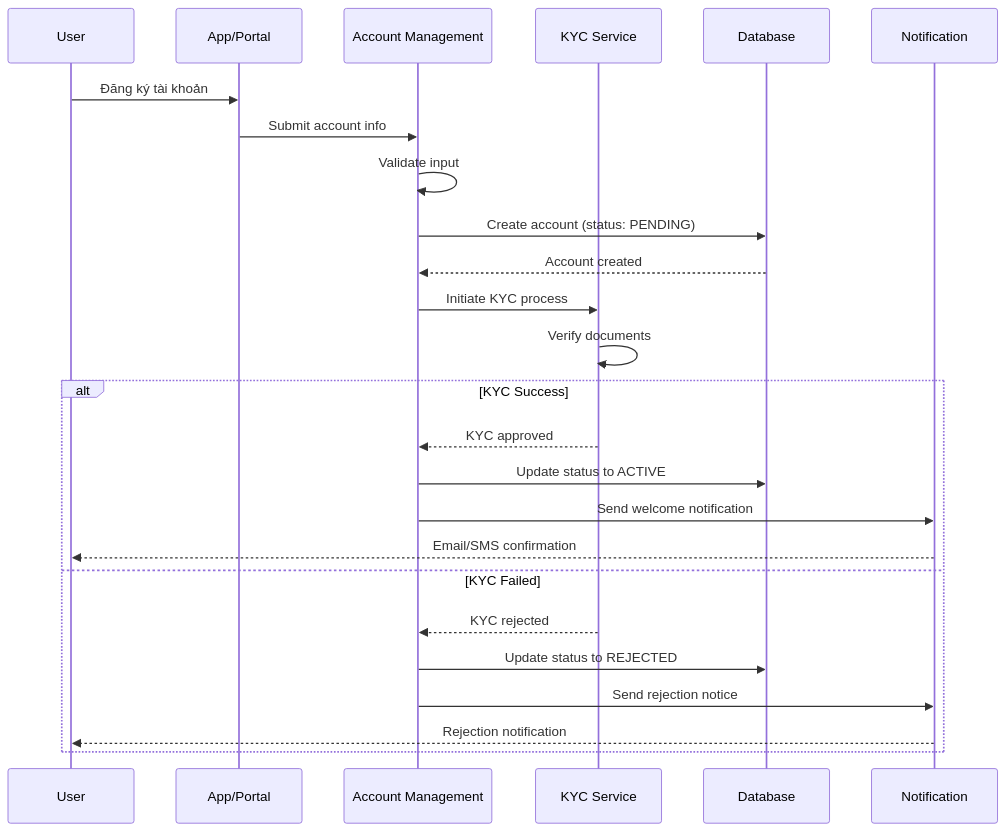
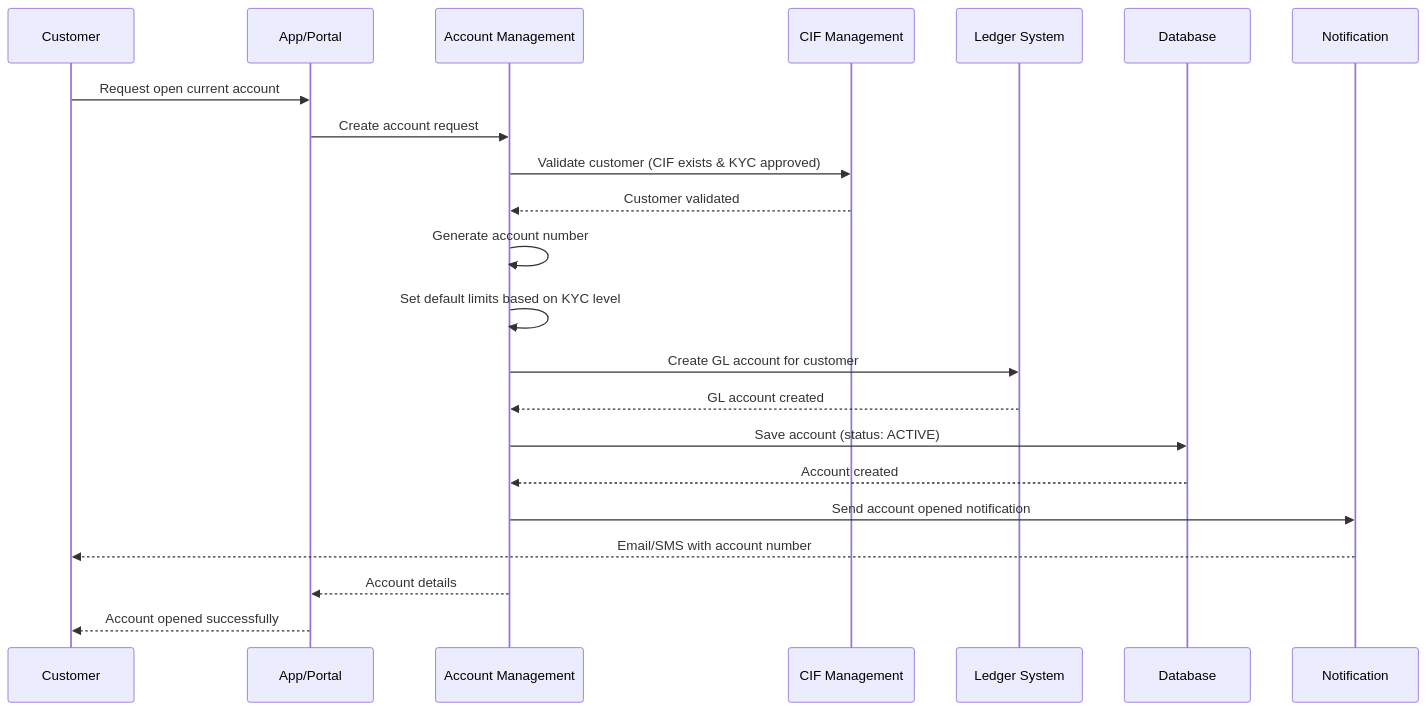
The second of 5 diagrams in docs/cbs-sdk-finance/03-account-management.md (PhuMBT/eWallet_CBS), drawn with Mermaid before and after one commit. The commit also changed other lines of this file, not shown here.

First line of the commit message:
refactor(account): Rewrite Account Management for deposit accounts focus

````diff
--- a/docs/cbs-sdk-finance/03-account-management.md
+++ b/docs/cbs-sdk-finance/03-account-management.md
@@ -134,28 +293,31 @@
 ```mermaid
 sequenceDiagram
-    participant U as User
-    participant A as App/Portal
+    participant C as Customer
+    participant APP as App/Portal
     participant AM as Account Management
-    participant KYC as KYC Service
+    participant CIF as CIF Management
+    participant LED as Ledger System
     participant DB as Database
     participant N as Notification
     
-    U->>A: Đăng ký tài khoản
-    A->>AM: Submit account info
-    AM->>AM: Validate input
-    AM->>DB: Create account (status: PENDING)
+    C->>APP: Request open current account
+    APP->>AM: Create account request
+    
+    AM->>CIF: Validate customer (CIF exists & KYC approved)
+    CIF-->>AM: Customer validated
+    
+    AM->>AM: Generate account number
+    AM->>AM: Set default limits based on KYC level
+    
+    AM->>LED: Create GL account for customer
+    LED-->>AM: GL account created
+    
+    AM->>DB: Save account (status: ACTIVE)
     DB-->>AM: Account created
-    AM->>KYC: Initiate KYC process
-    KYC->>KYC: Verify documents
-    alt KYC Success
-        KYC-->>AM: KYC approved
-        AM->>DB: Update status to ACTIVE
-        AM->>N: Send welcome notification
-        N-->>U: Email/SMS confirmation
-    else KYC Failed
-        KYC-->>AM: KYC rejected
-        AM->>DB: Update status to REJECTED
-        AM->>N: Send rejection notice
-        N-->>U: Rejection notification
-    end
+    
+    AM->>N: Send account opened notification
+    N-->>C: Email/SMS with account number
+    
+    AM-->>APP: Account details
+    APP-->>C: Account opened successfully
 ```
````
